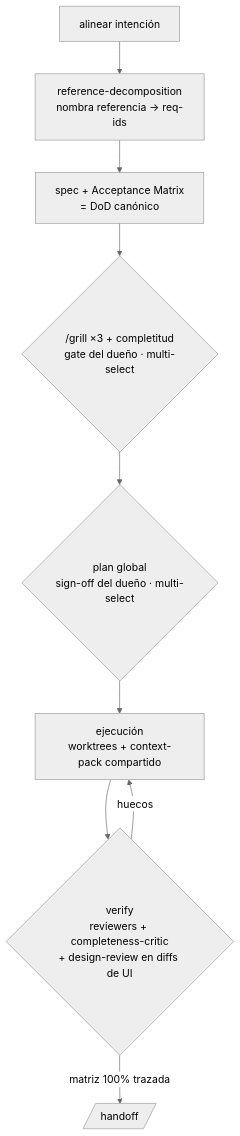
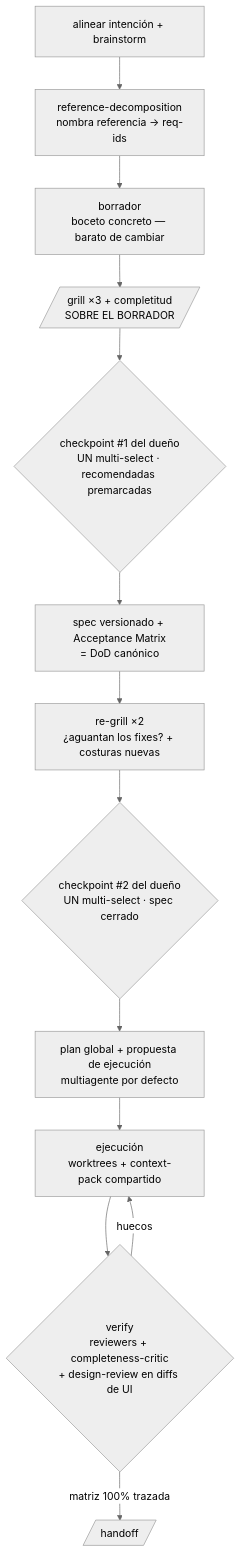
One commit to davidgarciagordo/claude-code-setup-optimizer changed the diagram in README.es.md. Above: the diagram before and after it, drawn with Mermaid (neutral theme). The commit also changed other lines of this file and 7 other files, not shown here.

````diff
--- a/README.es.md
+++ b/README.es.md
@@ -65,11 +65,15 @@
 ```mermaid
 flowchart TD
-  A[alinear intención] --> R[reference-decomposition<br/>nombra referencia → req-ids]
-  R --> S[spec + Acceptance Matrix<br/>= DoD canónico]
-  S --> G{/grill ×3 + completitud<br/>gate del dueño · multi-select}
-  G --> P{plan global<br/>sign-off del dueño · multi-select}
+  A[alinear intención + brainstorm] --> R[reference-decomposition<br/>nombra referencia → req-ids]
+  R --> D[borrador<br/>boceto concreto — barato de cambiar]
+  D --> G[/grill ×3 + completitud<br/>SOBRE EL BORRADOR/]
+  G --> C1{checkpoint #1 del dueño<br/>UN multi-select · recomendadas premarcadas}
+  C1 --> S[spec versionado + Acceptance Matrix<br/>= DoD canónico]
+  S --> RG[re-grill ×2<br/>¿aguantan los fixes? + costuras nuevas]
+  RG --> C2{checkpoint #2 del dueño<br/>UN multi-select · spec cerrado}
+  C2 --> P[plan global + propuesta de ejecución<br/>multiagente por defecto]
   P --> E[ejecución<br/>worktrees + context-pack compartido]
   E --> V{verify<br/>reviewers + completeness-critic<br/>+ design-review en diffs de UI}
   V -- huecos --> E
   V -- matriz 100% trazada --> H[/handoff/]
 ```
````
